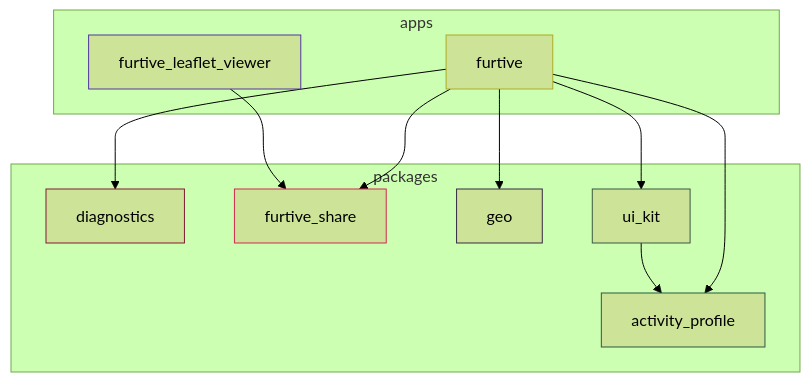
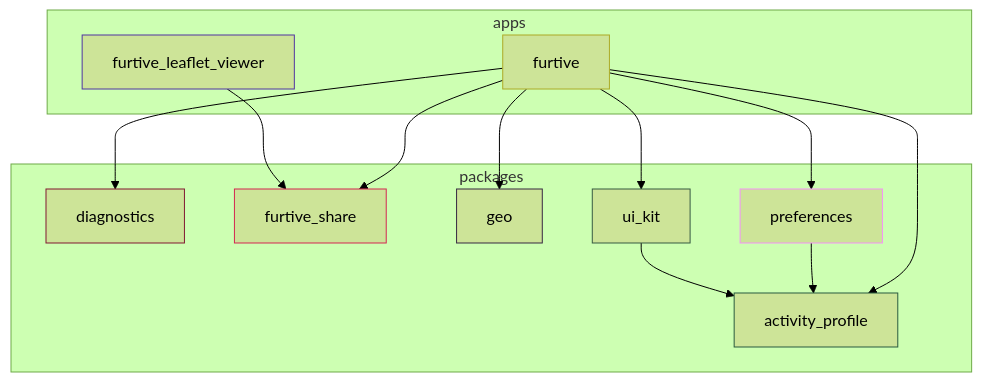
One commit to ethicnology-agent/furtive changed the diagram in docs/module-graph.md. Above: the diagram before and after it, drawn with Mermaid (forest theme). The commit also changed 39 other files, not shown here.

````diff
--- a/docs/module-graph.md
+++ b/docs/module-graph.md
@@ -5,35 +5,40 @@
 ```mermaid
 graph TD
   activity_profile["activity_profile"]
   style activity_profile stroke:#295a3f
   diagnostics["diagnostics"]
   style diagnostics stroke:#811832
   furtive["furtive"]
   style furtive stroke:#acaa26
   furtive_leaflet_viewer["furtive_leaflet_viewer"]
   style furtive_leaflet_viewer stroke:#5135a1
   furtive_share["furtive_share"]
   style furtive_share stroke:#d42752
   geo["geo"]
   style geo stroke:#362842
+  preferences["preferences"]
+  style preferences stroke:#f493f6
   ui_kit["ui_kit"]
   style ui_kit stroke:#375a43
   furtive --> activity_profile
   furtive --> diagnostics
   furtive --> furtive_share
   furtive --> geo
+  furtive --> preferences
   furtive --> ui_kit
   furtive_leaflet_viewer --> furtive_share
+  preferences --> activity_profile
   ui_kit --> activity_profile
   subgraph packages0 ["packages"]
     activity_profile
     diagnostics
     furtive_share
     geo
+    preferences
     ui_kit
   end
   subgraph apps1 ["apps"]
     furtive
     furtive_leaflet_viewer
   end
 ```
````
